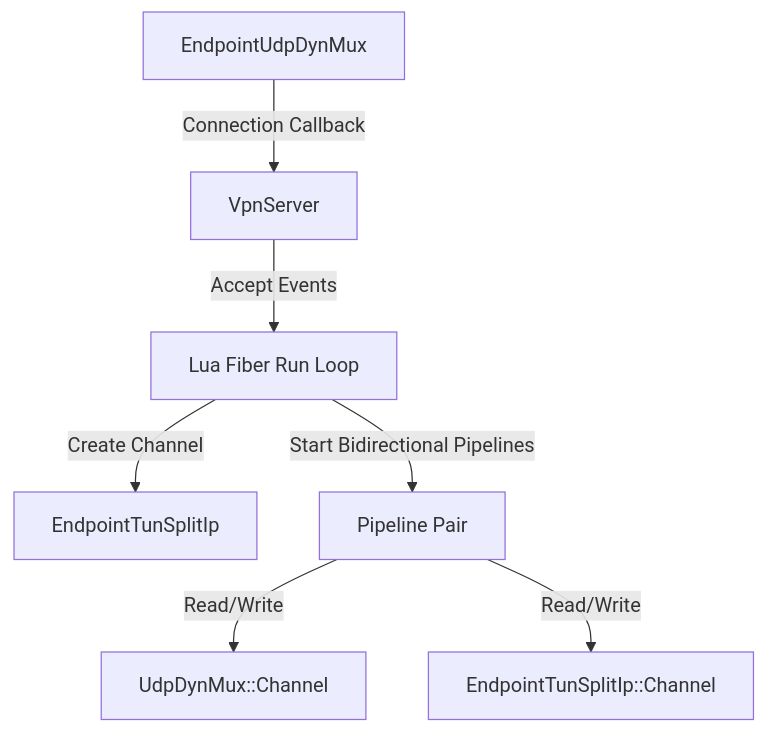
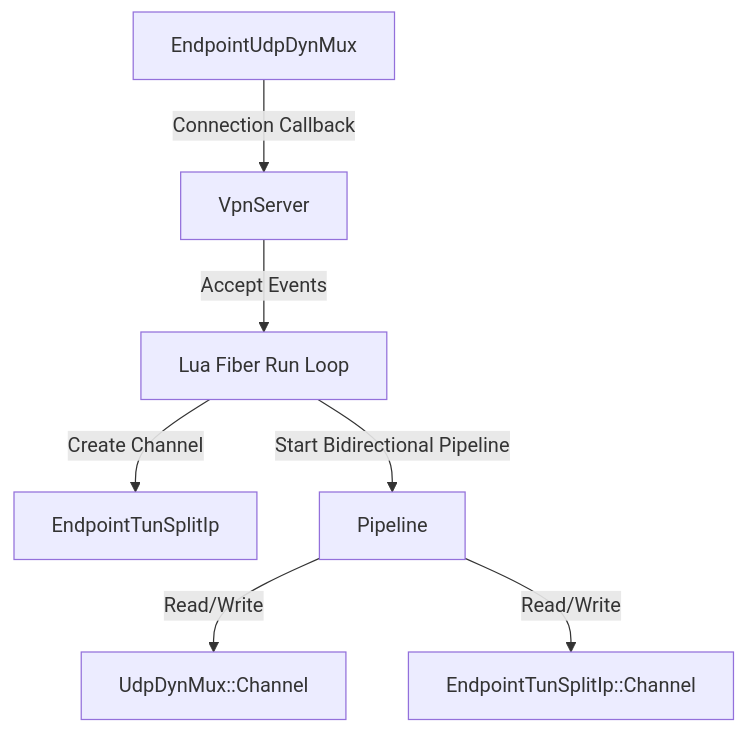
Before and after one commit to kghost/great-hole: the diagram in src/application/VpnServer.md, drawn with Mermaid. The commit also changed other lines of this file and 9 other files, not shown here.

Commit message:
refactor: unify bidirectional pipelines into a single bidirectional Pipeline implementation

````diff
--- a/src/application/VpnServer.md
+++ b/src/application/VpnServer.md
@@ -9,9 +9,9 @@
 ```mermaid
 graph TD
     UdpMux[EndpointUdpDynMux] -->|Connection Callback| Vpn[VpnServer]
     Vpn -->|Accept Events| LuaFiber[Lua Fiber Run Loop]
     LuaFiber -->|Create Channel| TunSplit[EndpointTunSplitIp]
-    LuaFiber -->|Start Bidirectional Pipelines| Pipe[Pipeline Pair]
+    LuaFiber -->|Start Bidirectional Pipeline| Pipe[Pipeline]
     Pipe -->|Read/Write| UdpCh[UdpDynMux::Channel]
     Pipe -->|Read/Write| TunCh[EndpointTunSplitIp::Channel]
 ```
````
